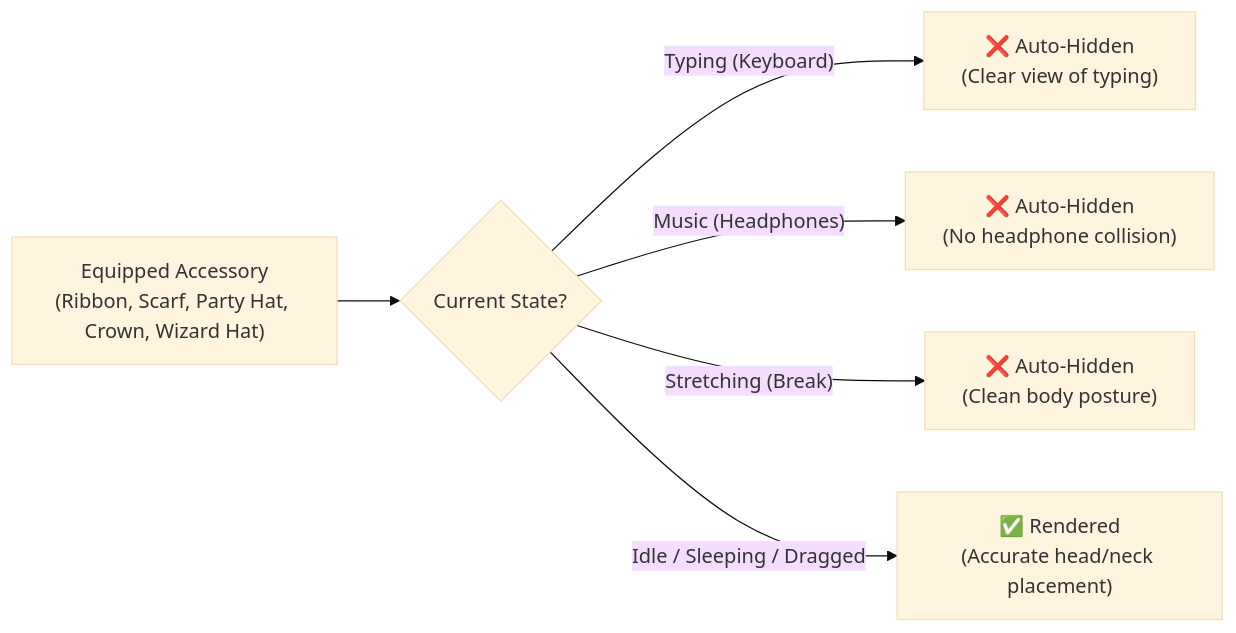
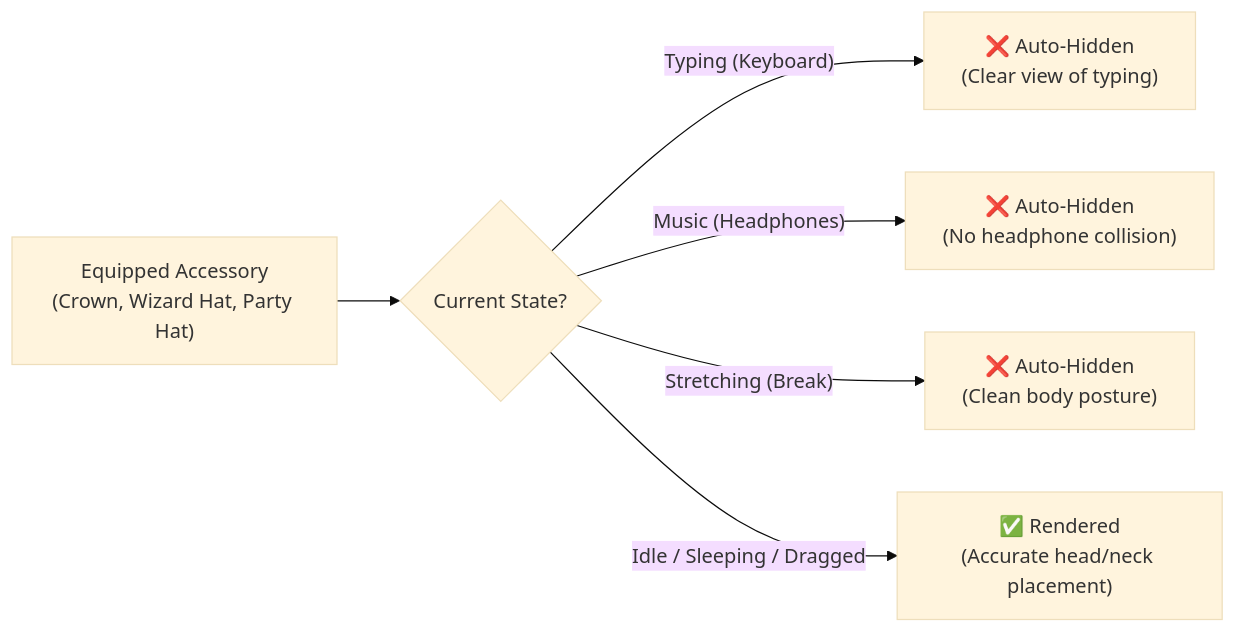
The third of 3 diagrams in README.md (MukundhArul/Nyx), drawn with Mermaid (base theme) before and after one commit. The commit also changed other lines of this file and 2 other files, not shown here.

Commit message:
Refactor: Enlarge Crown and Wizard Hat, remove neck accessories, and restore 4 clean dark coat presets

````diff
--- a/README.md
+++ b/README.md
@@ -127,8 +122,8 @@
 ```mermaid
 flowchart LR
-    ACC["Equipped Accessory<br>(Ribbon, Scarf, Party Hat, Crown, Wizard Hat)"] --> CHECK{"Current State?"}
+    ACC["Equipped Accessory<br>(Crown, Wizard Hat, Party Hat)"] --> CHECK{"Current State?"}
     CHECK -->|"Typing (Keyboard)"| HIDE1["❌ Auto-Hidden<br>(Clear view of typing)"]
     CHECK -->|"Music (Headphones)"| HIDE2["❌ Auto-Hidden<br>(No headphone collision)"]
     CHECK -->|"Stretching (Break)"| HIDE3["❌ Auto-Hidden<br>(Clean body posture)"]
     CHECK -->|"Idle / Sleeping / Dragged"| SHOW["✅ Rendered<br>(Accurate head/neck placement)"]
 ```
````
